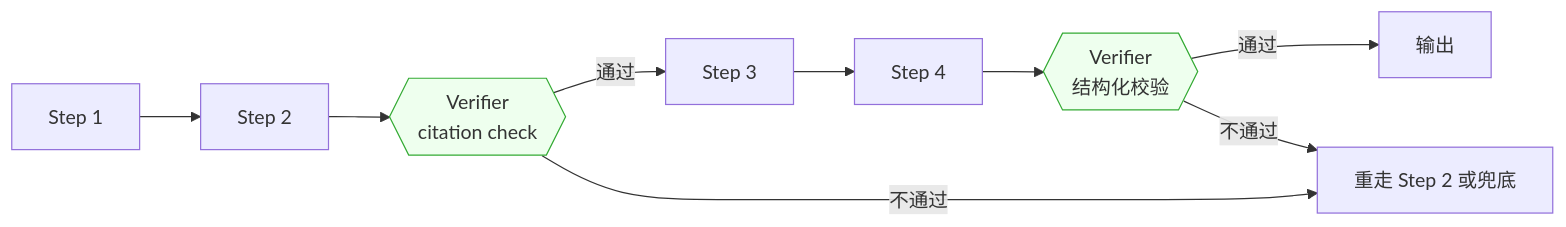
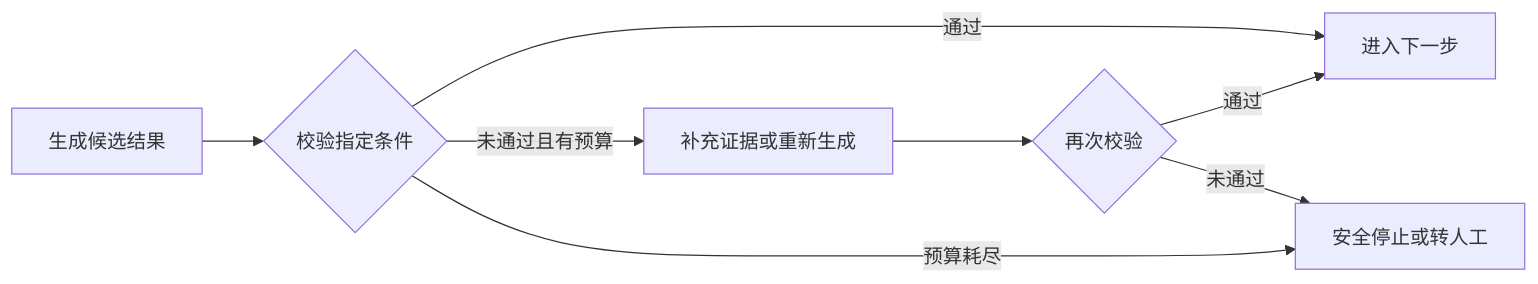
One commit to oh-my-vibe-coding/ai-reliability-architecture changed the second of 2 diagrams in 知识/04-系统架构与复合AI可靠性数学.md. Above: the diagram before and after it, drawn with Mermaid. The commit also changed other lines of this file and 67 other files, not shown here.

````diff
--- a/知识/04-系统架构与复合AI可靠性数学.md
+++ b/知识/04-系统架构与复合AI可靠性数学.md
@@ -79,14 +92,10 @@
 ```mermaid
 flowchart LR
-    S1[Step 1] --> S2[Step 2]
-    S2 --> V1{{Verifier<br/>citation check}}
-    V1 -->|通过| S3[Step 3]
-    V1 -->|不通过| R[重走 Step 2 或兜底]
-    S3 --> S4[Step 4]
-    S4 --> V2{{Verifier<br/>结构化校验}}
-    V2 -->|通过| OUT[输出]
-    V2 -->|不通过| R
-
-    style V1 fill:#efe,stroke:#3a3
-    style V2 fill:#efe,stroke:#3a3
+    G[生成候选结果] --> V{校验指定条件}
+    V -->|通过| A[进入下一步]
+    V -->|未通过且有预算| R[补充证据或重新生成]
+    R --> V2{再次校验}
+    V2 -->|通过| A
+    V2 -->|未通过| F[安全停止或转人工]
+    V -->|预算耗尽| F
 ```
````
